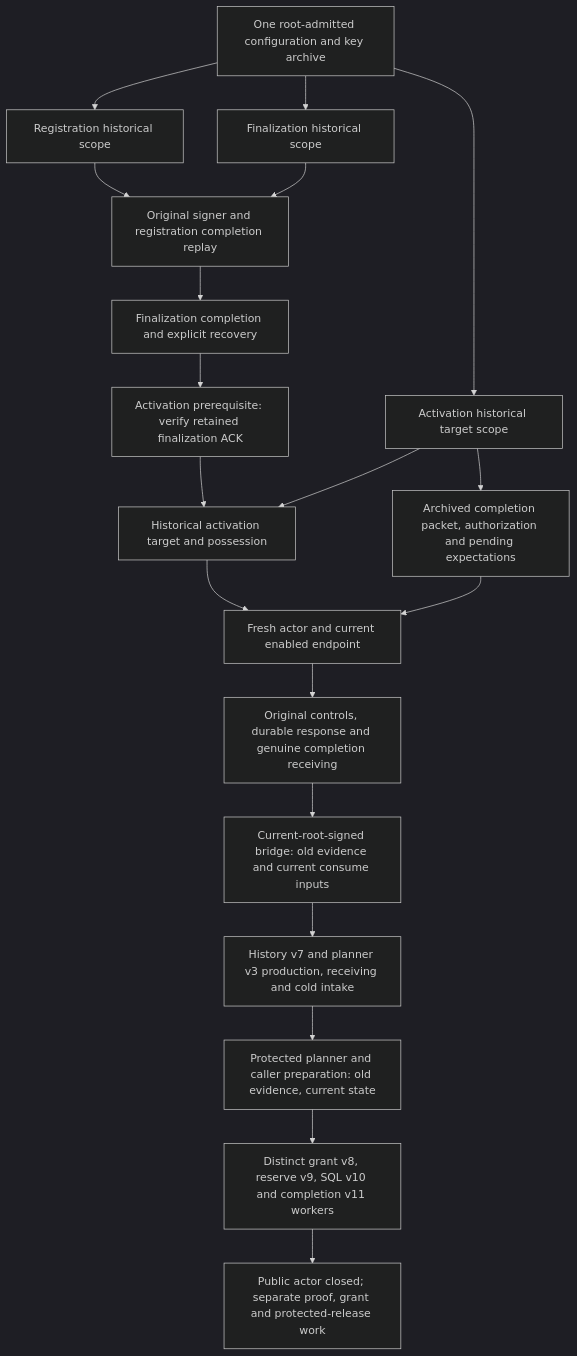
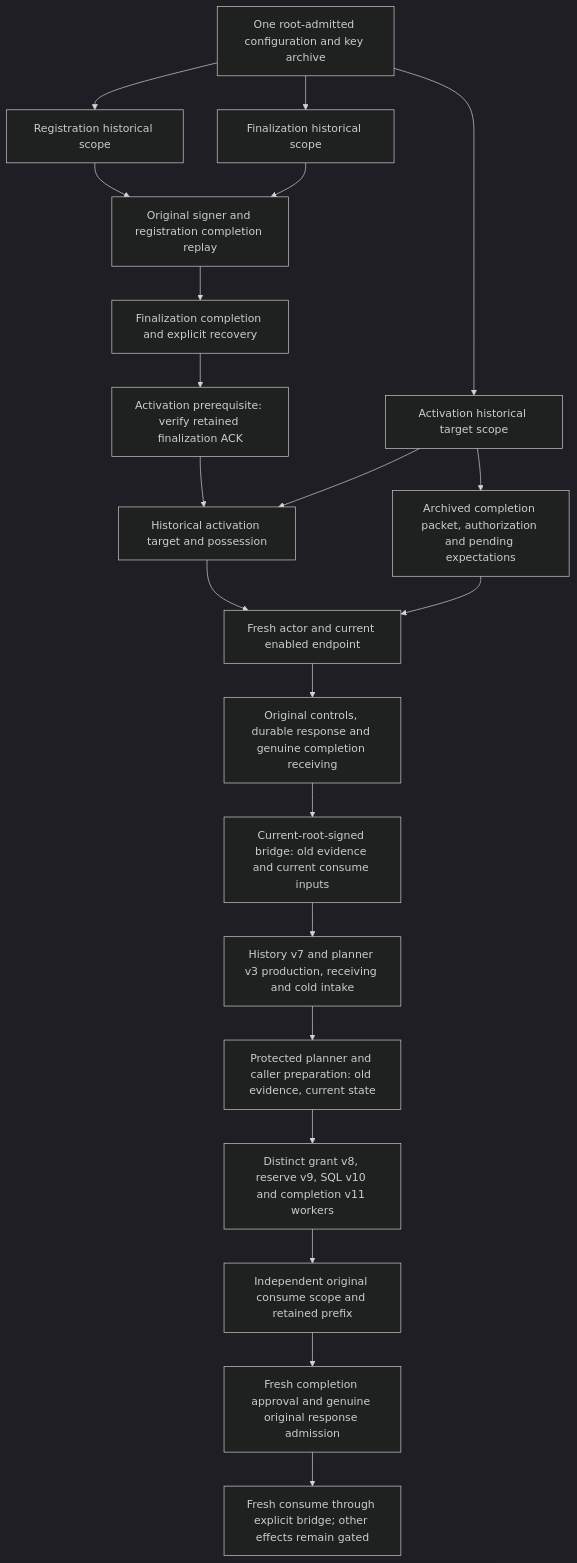
The diagram in docs/historical-authority-resolution.md (AndrewMohawk/catchplate), drawn with Mermaid (dark theme) before and after one commit. The commit also changed other lines of this file and 23 other files, not shown here.

Commit message:
feat(auth): select independent consume authority for interrupted recovery

````diff
--- a/docs/historical-authority-resolution.md
+++ b/docs/historical-authority-resolution.md
@@ -173,21 +178,23 @@
 ```mermaid
 flowchart TD
     A[One root-admitted configuration and key archive] --> R[Registration historical scope]
     A --> F[Finalization historical scope]
     A --> H[Activation historical target scope]
     R --> V[Original signer and registration completion replay]
     F --> V
     V --> C[Finalization completion and explicit recovery]
     C --> P[Activation prerequisite: verify retained finalization ACK]
     P --> T[Historical activation target and possession]
     H --> T
     H --> E[Archived completion packet, authorization and pending expectations]
     T --> N[Fresh actor and current enabled endpoint]
     E --> N
     N --> Q[Original controls, durable response and genuine completion receiving]
     Q --> B[Current-root-signed bridge: old evidence and current consume inputs]
     B --> I[History v7 and planner v3 production, receiving and cold intake]
     I --> D[Protected planner and caller preparation: old evidence, current state]
     D --> G[Distinct grant v8, reserve v9, SQL v10 and completion v11 workers]
-    G --> L[Public actor closed; separate proof, grant and protected-release work]
+    G --> S[Independent original consume scope and retained prefix]
+    S --> C2[Fresh completion approval and genuine original response admission]
+    C2 --> E2[Fresh consume through explicit bridge; other effects remain gated]
 ```
````
